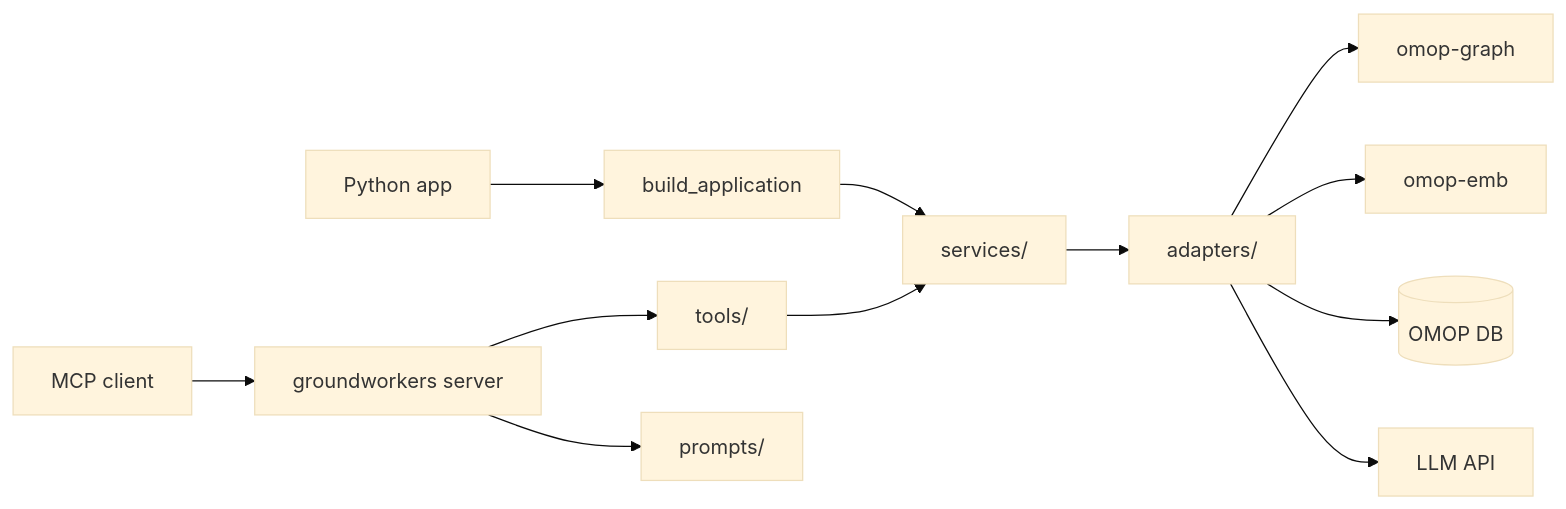
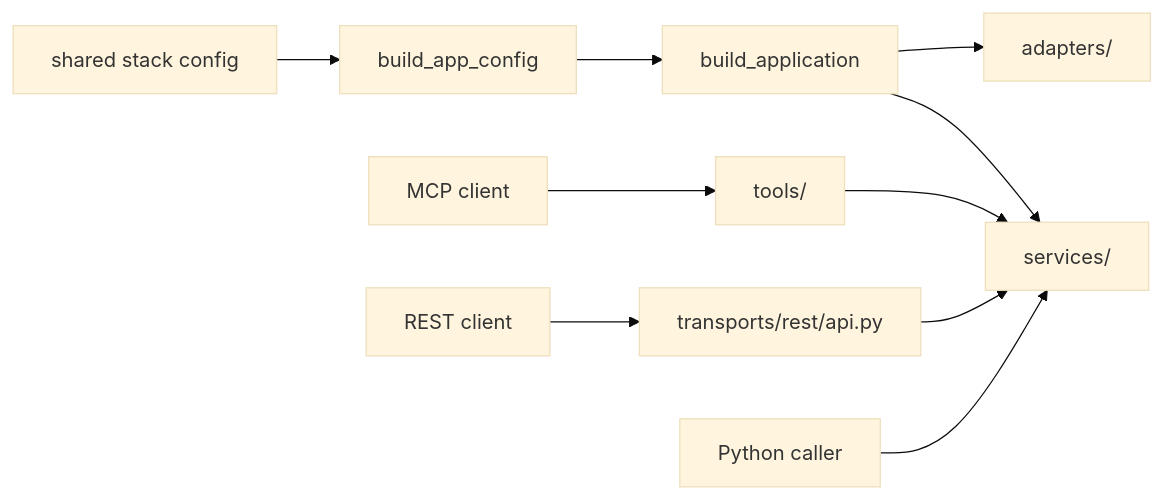
Before and after one commit to AustralianCancerDataNetwork/groundworkers: the diagram in README.md, drawn with Mermaid (base theme). The commit also changed other lines of this file and 85 other files, not shown here.

````diff
--- a/README.md
+++ b/README.md
@@ -24,14 +24,12 @@
 ```mermaid
 flowchart LR
-    Client1[Python app] --> App[build_application]
-    Client2[MCP client] --> Server[groundworkers server]
-    App --> Services[services/]
-    Server --> Tools[tools/]
-    Server --> Prompts[prompts/]
-    Tools --> Services
-    Services --> Adapters[adapters/]
-    Adapters --> OG[omop-graph]
-    Adapters --> OE[omop-emb]
-    Adapters --> DB[(OMOP DB)]
-    Adapters --> LM[LLM API]
+    STACK[shared stack config] --> BOOT[build_app_config]
+    BOOT --> APP[build_application]
+    APP --> SERVICES[services/]
+    APP --> ADAPTERS[adapters/]
+    MCP[MCP client] --> TOOLS[tools/]
+    TOOLS --> SERVICES
+REST[REST client] --> API[transports/rest/api.py]
+API --> SERVICES
+PY[Python caller] --> SERVICES
 ```
````
